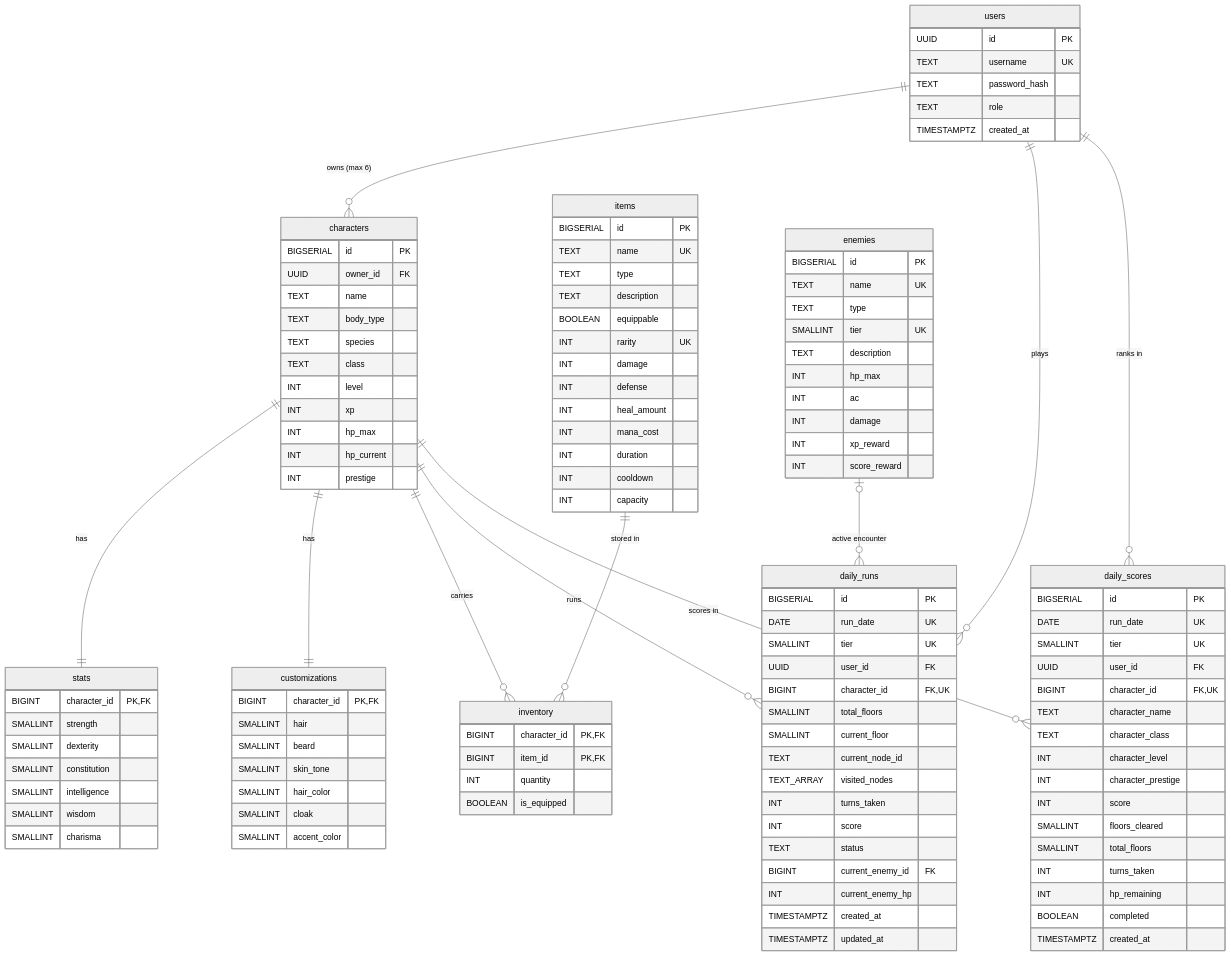
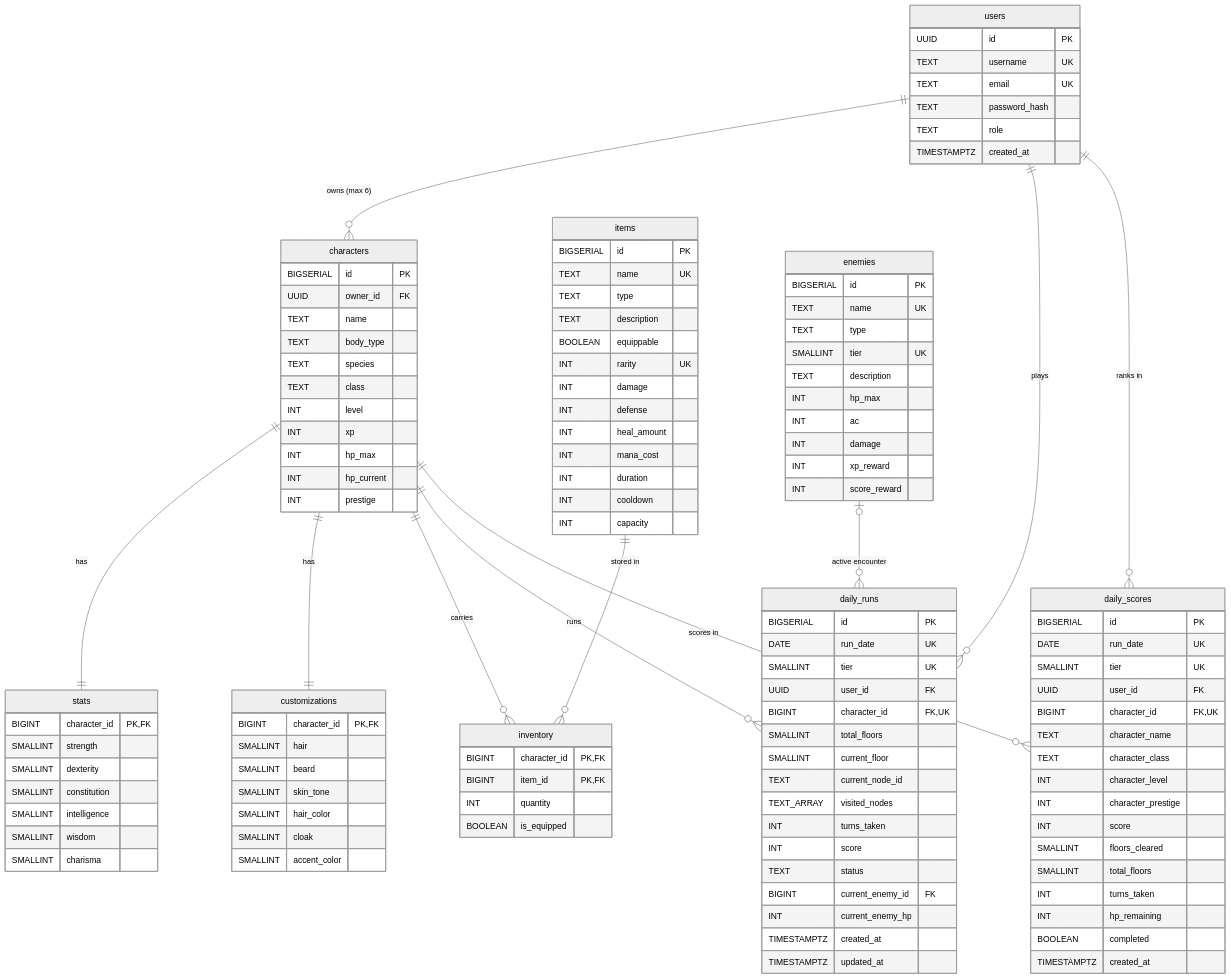
Before and after one commit to dZev1/character-gallery-api: the diagram in README.md, drawn with Mermaid (neutral theme). The commit also changed 16 other files, not shown here.

```diff
--- a/README.md
+++ b/README.md
@@ -300,6 +300,7 @@
     users {
         UUID id PK
         TEXT username UK
+        TEXT email UK
         TEXT password_hash
         TEXT role
         TIMESTAMPTZ created_at
```
